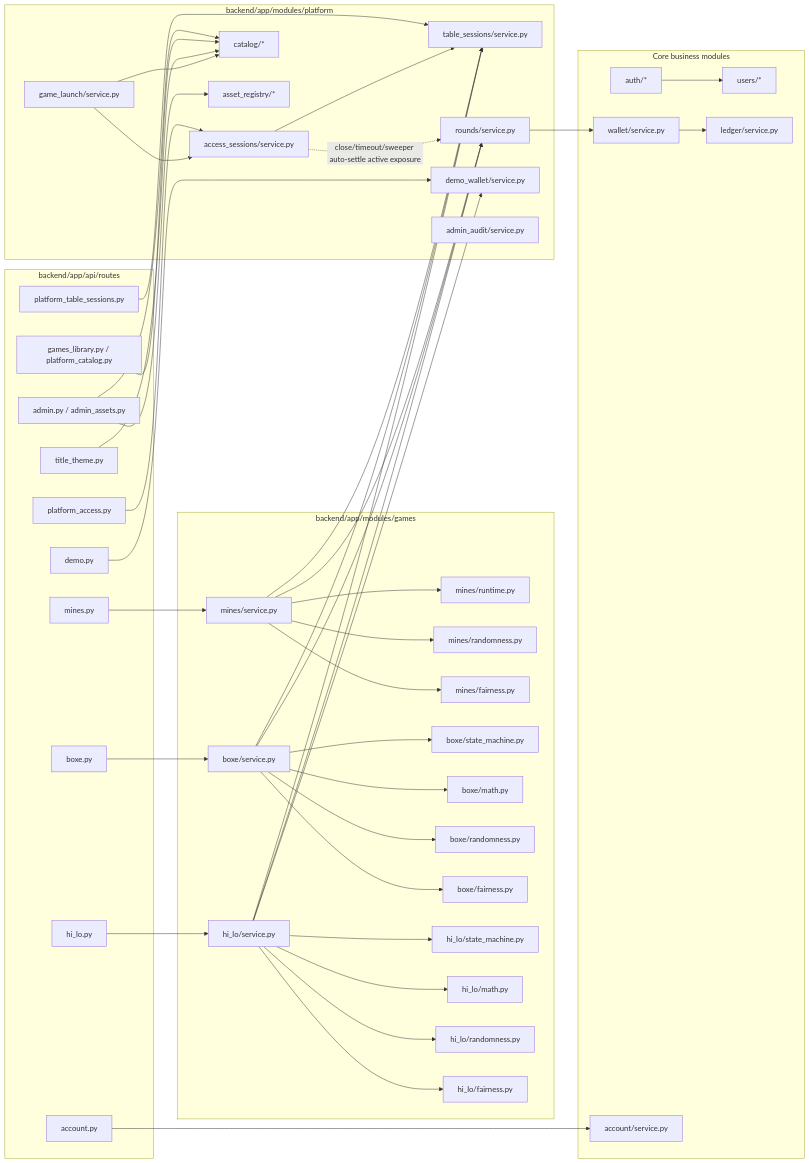
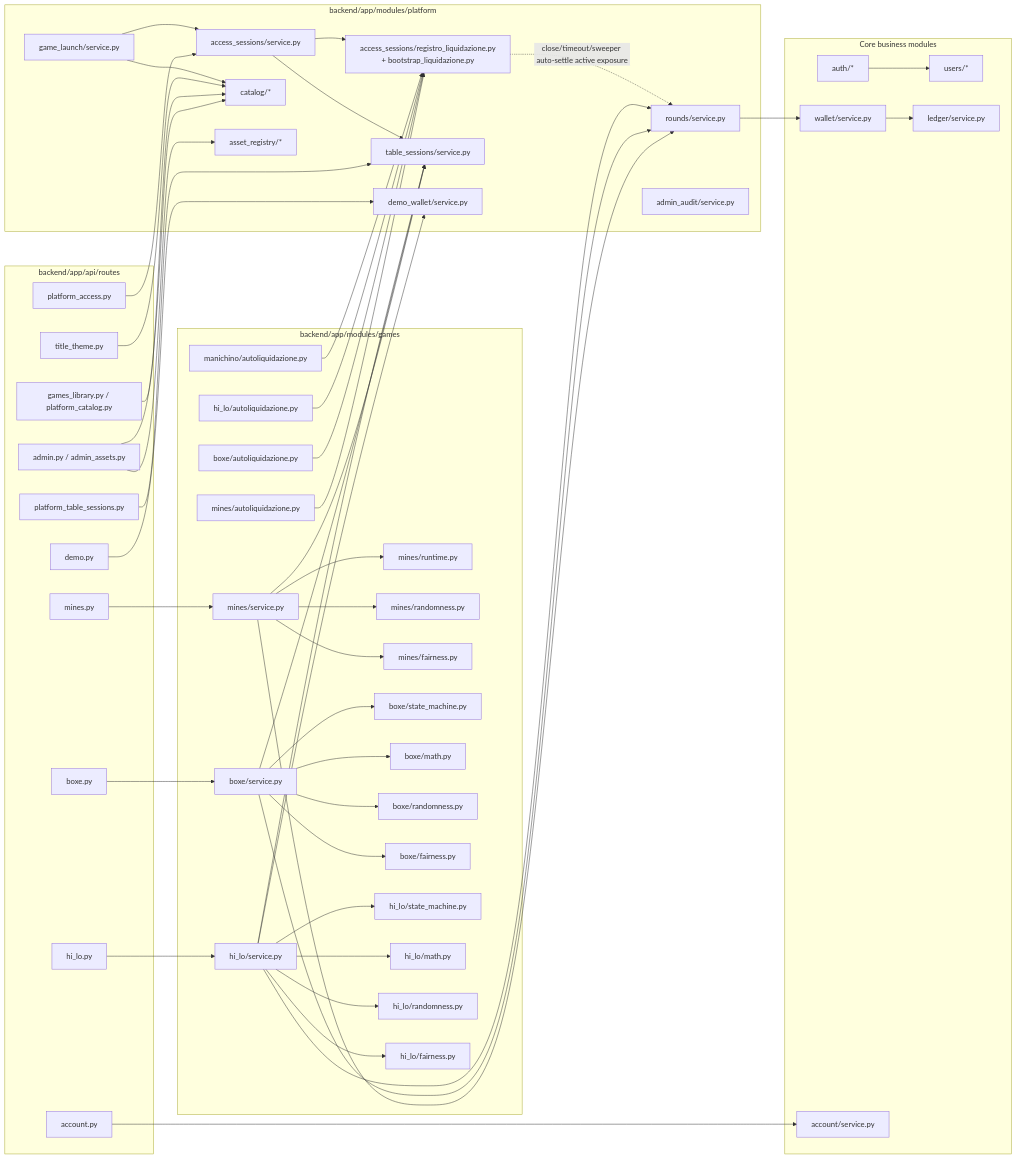
The fourth of 11 diagrams in docs/CODE_ARCHITECTURE_MERMAID_MAP_2026-05-22.md (moromike/casinoking-platform), drawn with Mermaid before and after one commit. The commit also changed other lines of this file and 30 other files, not shown here.

```diff
--- a/docs/CODE_ARCHITECTURE_MERMAID_MAP_2026-05-22.md
+++ b/docs/CODE_ARCHITECTURE_MERMAID_MAP_2026-05-22.md
@@ -239,23 +239,28 @@
     MinesRuntime["mines/runtime.py"]
     MinesRandom["mines/randomness.py"]
     MinesFairness["mines/fairness.py"]
+    MinesAuto["mines/autoliquidazione.py"]
 
     BoxeService["boxe/service.py"]
     BoxeState["boxe/state_machine.py"]
     BoxeMath["boxe/math.py"]
     BoxeRandom["boxe/randomness.py"]
     BoxeFairness["boxe/fairness.py"]
+    BoxeAuto["boxe/autoliquidazione.py"]
 
     HiLoService["hi_lo/service.py"]
     HiLoState["hi_lo/state_machine.py"]
     HiLoMath["hi_lo/math.py"]
     HiLoRandom["hi_lo/randomness.py"]
     HiLoFairness["hi_lo/fairness.py"]
+    HiLoAuto["hi_lo/autoliquidazione.py"]
+    ManichinoAuto["manichino/autoliquidazione.py"]
   end
 
   subgraph Platform["backend/app/modules/platform"]
     Launch["game_launch/service.py"]
     Access["access_sessions/service.py"]
+    AutoRegistry["access_sessions/registro_liquidazione.py<br/>+ bootstrap_liquidazione.py"]
     TableSessions["table_sessions/service.py"]
     Rounds["rounds/service.py"]
     Catalog["catalog/*"]
@@ -307,7 +312,12 @@
 
   Launch --> Access
   Launch --> Catalog
-  Access -. close/timeout/sweeper auto-settle active exposure .-> Rounds
+  Access --> AutoRegistry
+  MinesAuto --> AutoRegistry
+  BoxeAuto --> AutoRegistry
+  HiLoAuto --> AutoRegistry
+  ManichinoAuto --> AutoRegistry
+  AutoRegistry -. close/timeout/sweeper auto-settle active exposure .-> Rounds
   Access --> TableSessions
   Rounds --> Wallet
   Wallet --> Ledger
```
